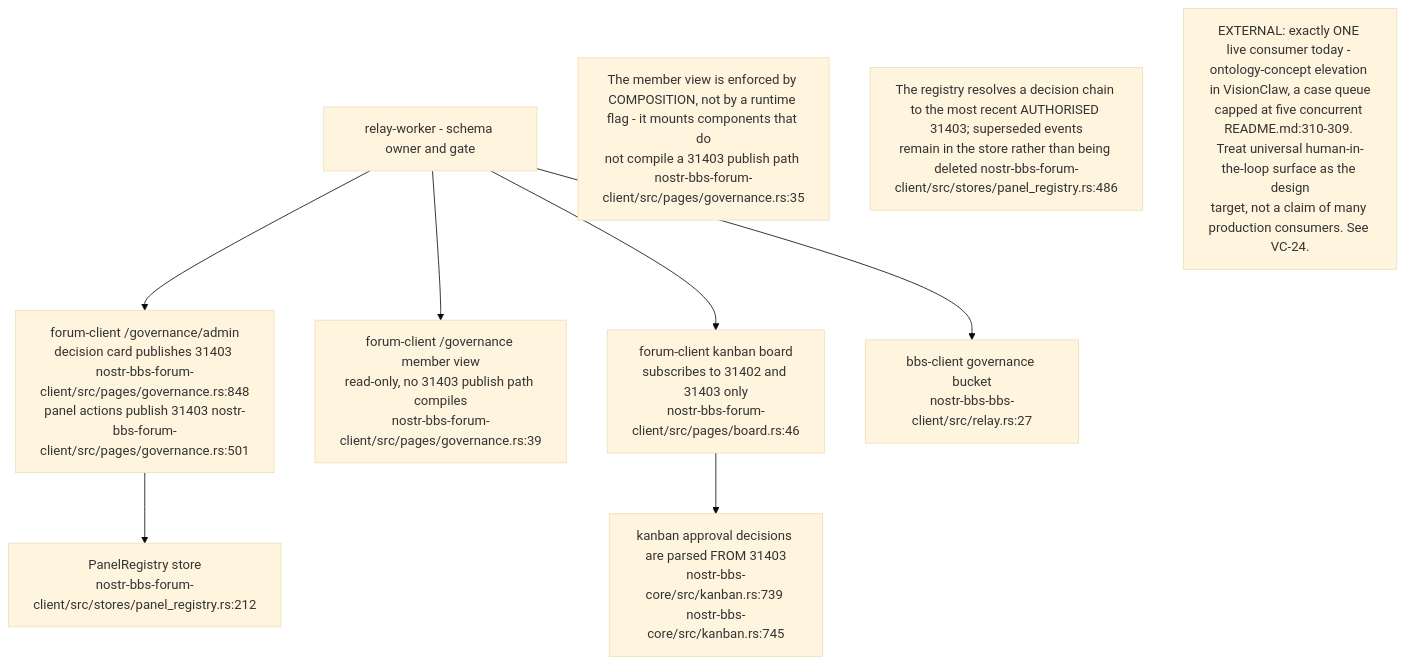
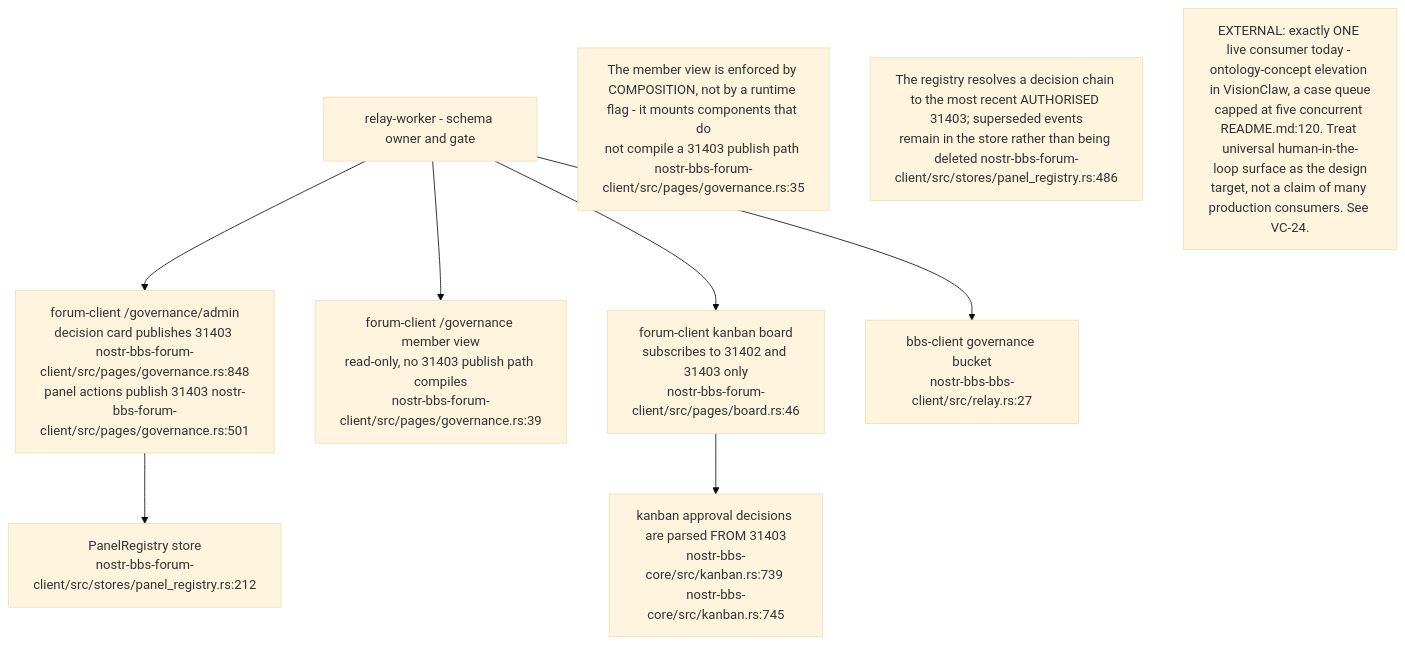
One commit to DreamLab-AI/VisionFlow changed the eighth of 17 diagrams in docs/diagrams/nostr-rust-forum/06-agent-control-surface-31400-31405.md. Above: the diagram before and after it, drawn with Mermaid (base theme). The commit also changed other lines of this file and 160 other files, not shown here.

````diff
--- a/docs/diagrams/nostr-rust-forum/06-agent-control-surface-31400-31405.md
+++ b/docs/diagrams/nostr-rust-forum/06-agent-control-surface-31400-31405.md
@@ -250,18 +254,18 @@
 ```mermaid
 flowchart TB
     RELAY["relay-worker - schema owner and gate"]
     FCADMIN["forum-client /governance/admin<br/>decision card publishes 31403 nostr-bbs-forum-client/src/pages/governance.rs:848<br/>panel actions publish 31403 nostr-bbs-forum-client/src/pages/governance.rs:501"]
     FCMEM["forum-client /governance member view<br/>read-only, no 31403 publish path compiles<br/>nostr-bbs-forum-client/src/pages/governance.rs:39"]
     BOARD["forum-client kanban board<br/>subscribes to 31402 and 31403 only<br/>nostr-bbs-forum-client/src/pages/board.rs:46"]
     REG["PanelRegistry store<br/>nostr-bbs-forum-client/src/stores/panel_registry.rs:212"]
     BBS["bbs-client governance bucket<br/>nostr-bbs-bbs-client/src/relay.rs:27"]
     KAN["kanban approval decisions are parsed FROM 31403<br/>nostr-bbs-core/src/kanban.rs:739 nostr-bbs-core/src/kanban.rs:745"]
 
     RELAY --> FCADMIN & FCMEM & BOARD & BBS
     FCADMIN --> REG
     BOARD --> KAN
 
     N1["The member view is enforced by COMPOSITION, not by a runtime flag - it mounts components that do<br/>not compile a 31403 publish path nostr-bbs-forum-client/src/pages/governance.rs:35"]
     N2["The registry resolves a decision chain to the most recent AUTHORISED 31403; superseded events<br/>remain in the store rather than being deleted nostr-bbs-forum-client/src/stores/panel_registry.rs:486"]
-    N3["EXTERNAL: exactly ONE live consumer today - ontology-concept elevation in VisionClaw, a case queue<br/>capped at five concurrent README.md:310-309. Treat universal human-in-the-loop surface as the design<br/>target, not a claim of many production consumers. See VC-24."]
+    N3["EXTERNAL: exactly ONE live consumer today - ontology-concept elevation in VisionClaw, a case queue<br/>capped at five concurrent README.md:120. Treat universal human-in-the-loop surface as the design<br/>target, not a claim of many production consumers. See VC-24."]
 ```
````
